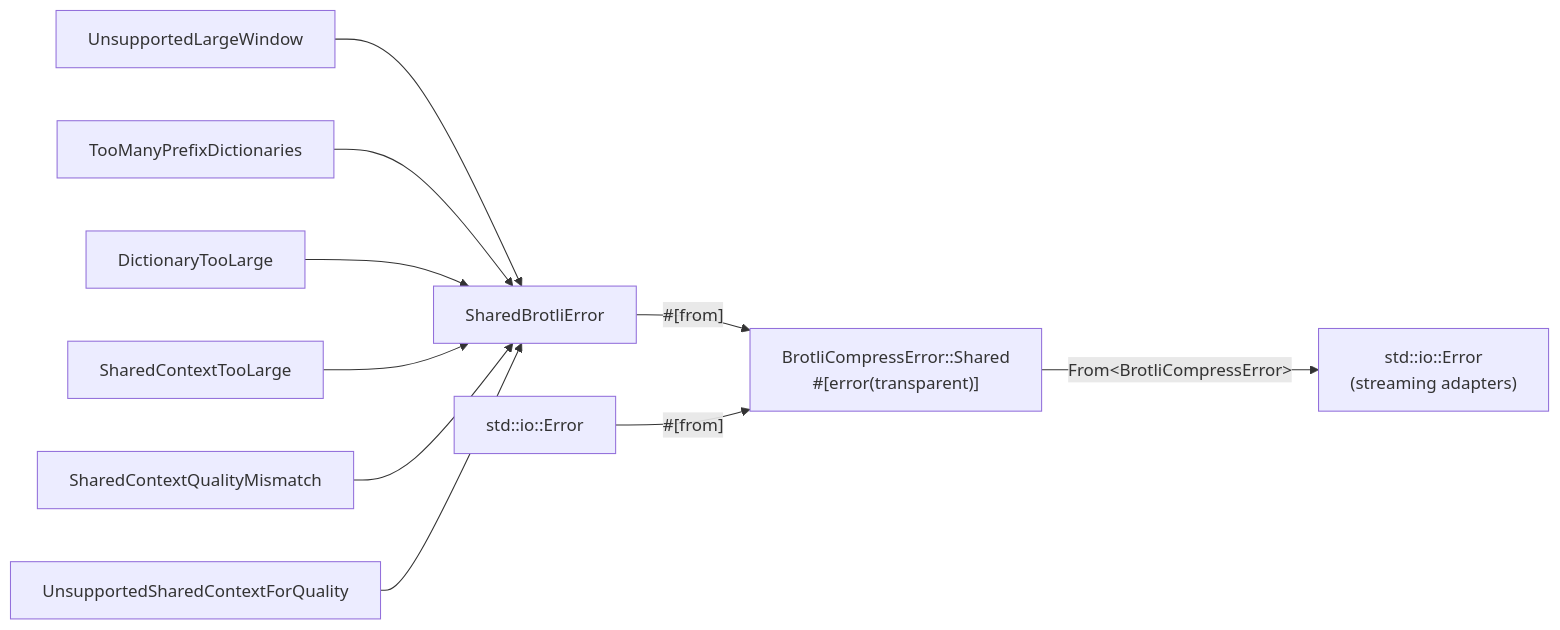
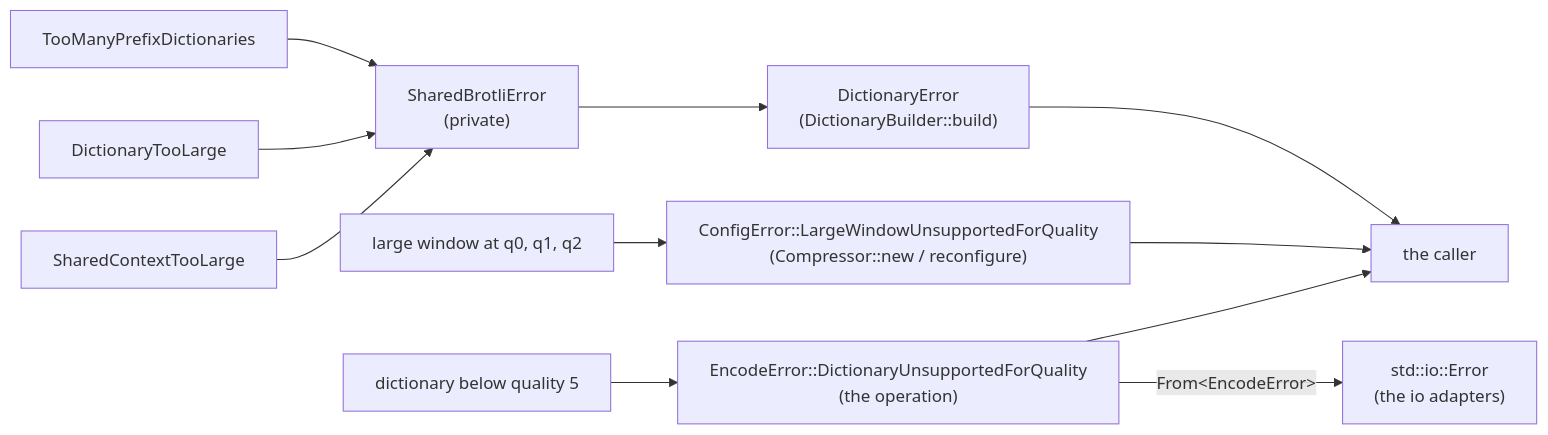
One commit to Mnwa/mbrotli changed diagram 13 of 13 in architecture/shared-brotli.md. Above: the diagram before and after it, drawn with Mermaid. The commit also changed other lines of this file and 104 other files, not shown here.

````diff
--- a/architecture/shared-brotli.md
+++ b/architecture/shared-brotli.md
@@ -606,12 +623,13 @@
 ```mermaid
 graph LR
-    lw["UnsupportedLargeWindow"] --> shared
+    lw["large window at q0, q1, q2"] --> cfg["ConfigError::LargeWindowUnsupportedForQuality<br/>(Compressor::new / reconfigure)"]
     tm["TooManyPrefixDictionaries"] --> shared
     dl["DictionaryTooLarge"] --> shared
     ct["SharedContextTooLarge"] --> shared
-    qm["SharedContextQualityMismatch"] --> shared
-    us["UnsupportedSharedContextForQuality"] --> shared
-    shared["SharedBrotliError"] -->|"#[from]"| bce["BrotliCompressError::Shared<br/>#[error(transparent)]"]
-    io["std::io::Error"] -->|"#[from]"| bce
-    bce -->|"From&lt;BrotliCompressError&gt;"| io2["std::io::Error<br/>(streaming adapters)"]
+    shared["SharedBrotliError<br/>(private)"] --> de["DictionaryError<br/>(DictionaryBuilder::build)"]
+    q5["dictionary below quality 5"] --> ee["EncodeError::DictionaryUnsupportedForQuality<br/>(the operation)"]
+    de --> caller["the caller"]
+    cfg --> caller
+    ee --> caller
+    ee -->|"From&lt;EncodeError&gt;"| io["std::io::Error<br/>(the io adapters)"]
 ```
````
